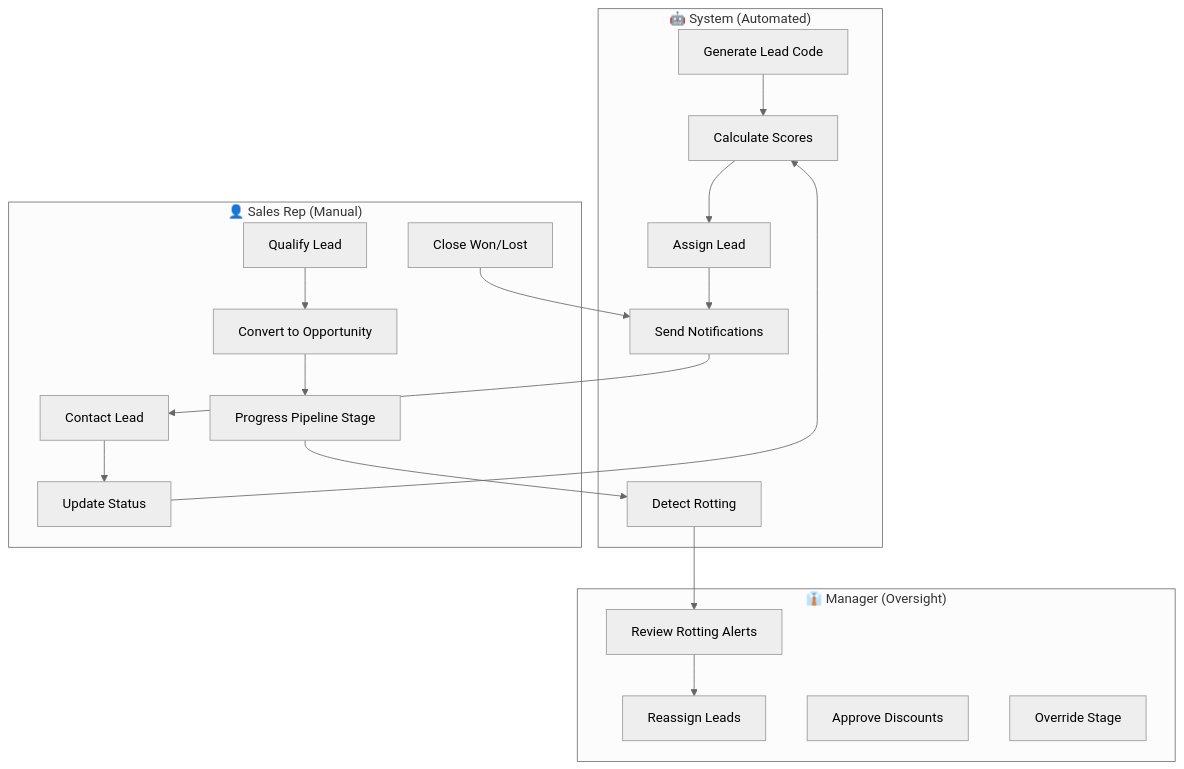
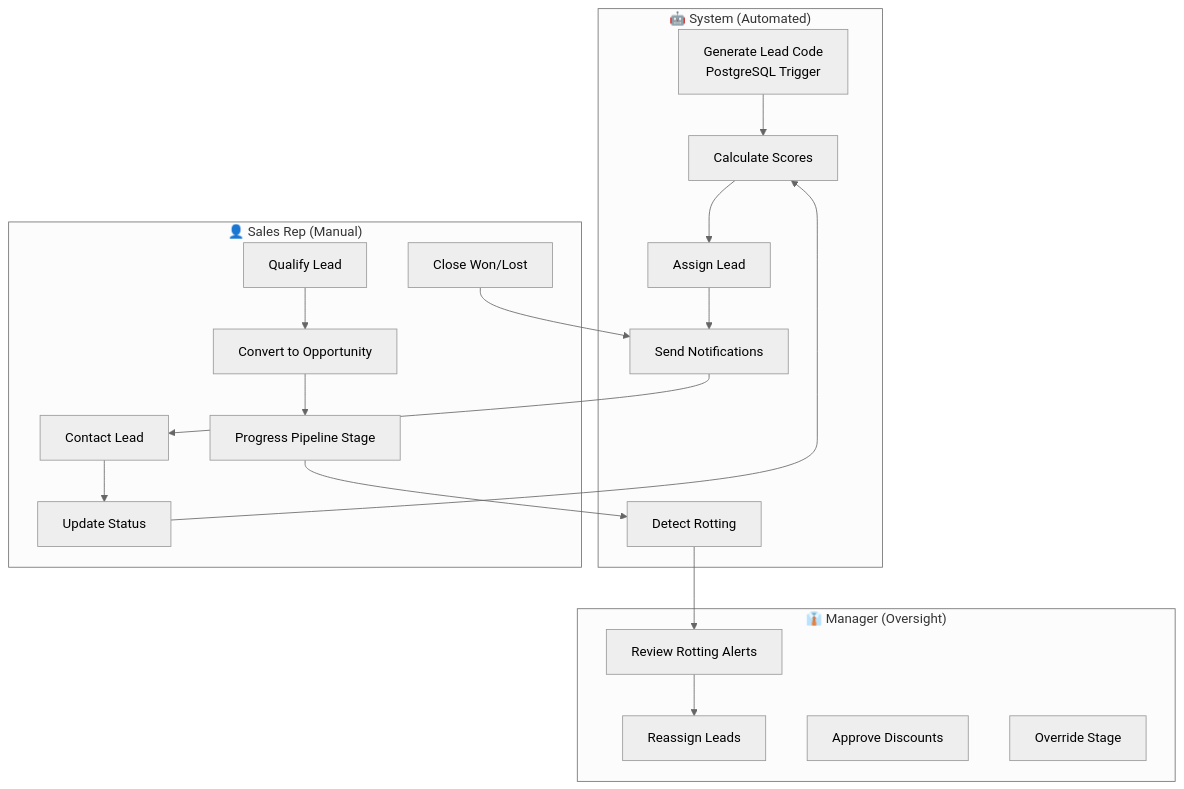
Before and after one commit to Mozfo/fleetcore5: the eighth of 8 diagrams in docs/Fleetcore_v5/03_MODULES/CRM/01_OVERVIEW/02_process_flow_overview.md, drawn with Mermaid (neutral theme). The commit also changed other lines of this file and 12 other files, not shown here.

First line of the commit message:
refactor(crm): remove dead lead_code generation code

````diff
--- a/docs/Fleetcore_v5/03_MODULES/CRM/01_OVERVIEW/02_process_flow_overview.md
+++ b/docs/Fleetcore_v5/03_MODULES/CRM/01_OVERVIEW/02_process_flow_overview.md
@@ -301,39 +325,39 @@
 ```mermaid
 flowchart TB
     subgraph System["🤖 System (Automated)"]
         S1[Calculate Scores]
         S2[Assign Lead]
         S3[Detect Rotting]
         S4[Send Notifications]
-        S5[Generate Lead Code]
+        S5[Generate Lead Code<br/>PostgreSQL Trigger]
     end
 
     subgraph SalesRep["👤 Sales Rep (Manual)"]
         R1[Contact Lead]
         R2[Update Status]
         R3[Qualify Lead]
         R4[Convert to Opportunity]
         R5[Progress Pipeline Stage]
         R6[Close Won/Lost]
     end
 
     subgraph Manager["👔 Manager (Oversight)"]
         M1[Reassign Leads]
         M2[Review Rotting Alerts]
         M3[Approve Discounts]
         M4[Override Stage]
     end
 
     S5 --> S1
     S1 --> S2
     S2 --> S4
     S4 --> R1
     R1 --> R2
     R2 --> S1
     R3 --> R4
     R4 --> R5
     R5 --> S3
     S3 --> M2
     M2 --> M1
     R6 --> S4
 ```
````
